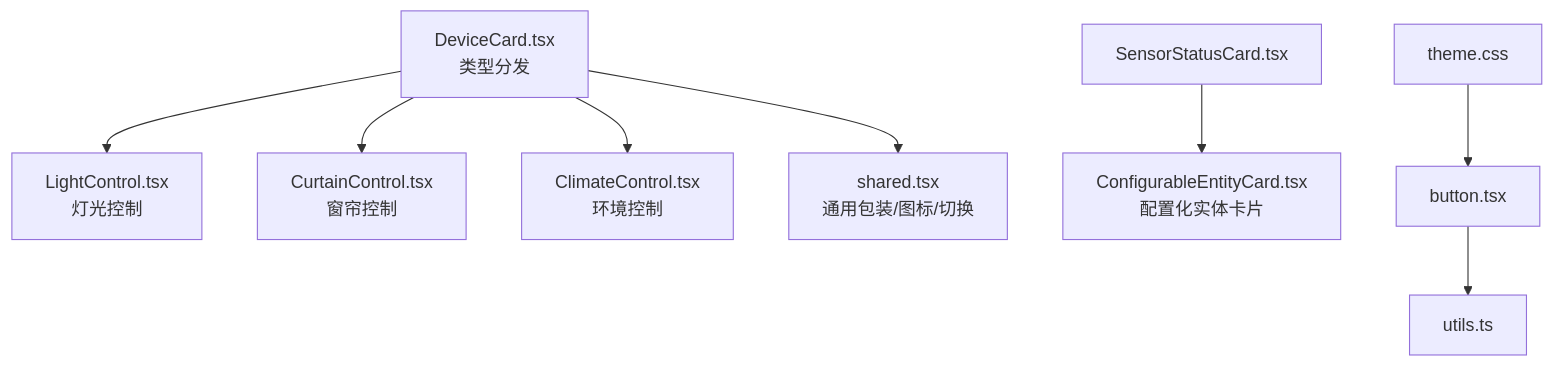
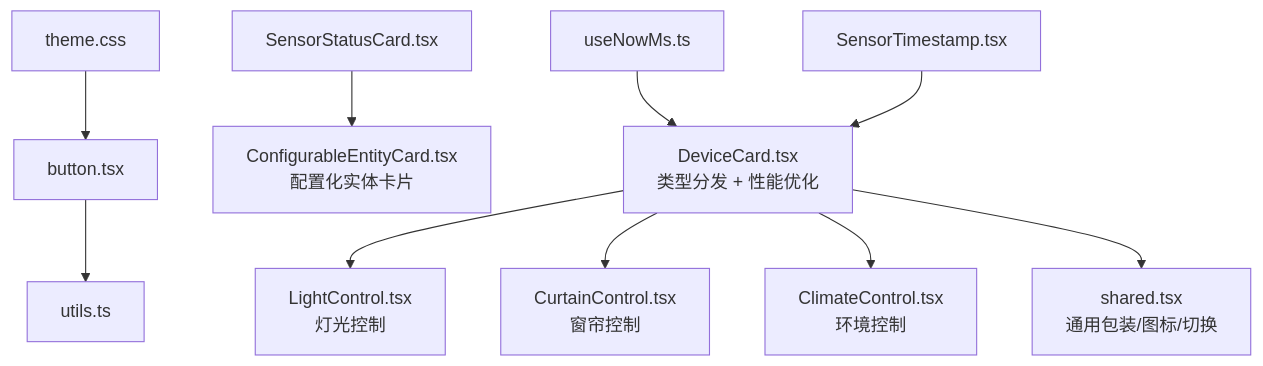
The second of 8 diagrams in .qoder/repowiki/zh/content/架构设计/组件架构设计.md (skyeyinkun/HAUI), drawn with Mermaid before and after one commit. The commit also changed other lines of this file and 14 other files, not shown here.

````diff
--- a/.qoder/repowiki/zh/content/架构设计/组件架构设计.md
+++ b/.qoder/repowiki/zh/content/架构设计/组件架构设计.md
@@ -132,10 +147,12 @@
 ```mermaid
 graph TB
-DC["DeviceCard.tsx<br/>类型分发"] --> LC["LightControl.tsx<br/>灯光控制"]
+DC["DeviceCard.tsx<br/>类型分发 + 性能优化"] --> LC["LightControl.tsx<br/>灯光控制"]
 DC --> CC["CurtainControl.tsx<br/>窗帘控制"]
 DC --> AC["ClimateControl.tsx<br/>环境控制"]
 DC --> S["shared.tsx<br/>通用包装/图标/切换"]
 SEC["SensorStatusCard.tsx"] --> CEC["ConfigurableEntityCard.tsx<br/>配置化实体卡片"]
 BTN["button.tsx"] --> U["utils.ts"]
 THEME["theme.css"] --> BTN
+NOWMS["useNowMs.ts"] --> DC
+ST["SensorTimestamp.tsx"] --> DC
 ```
````
